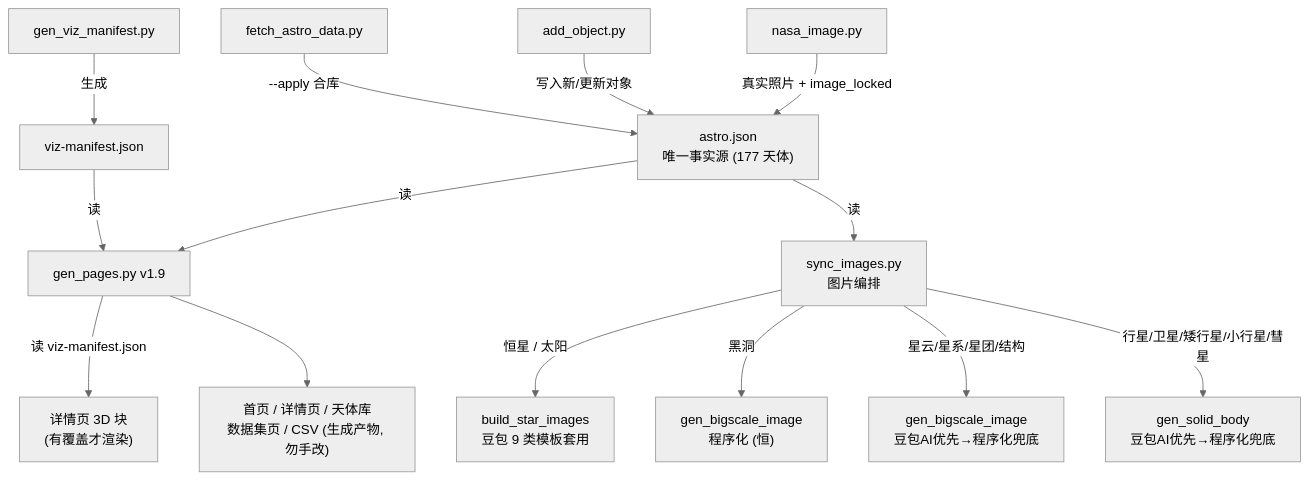
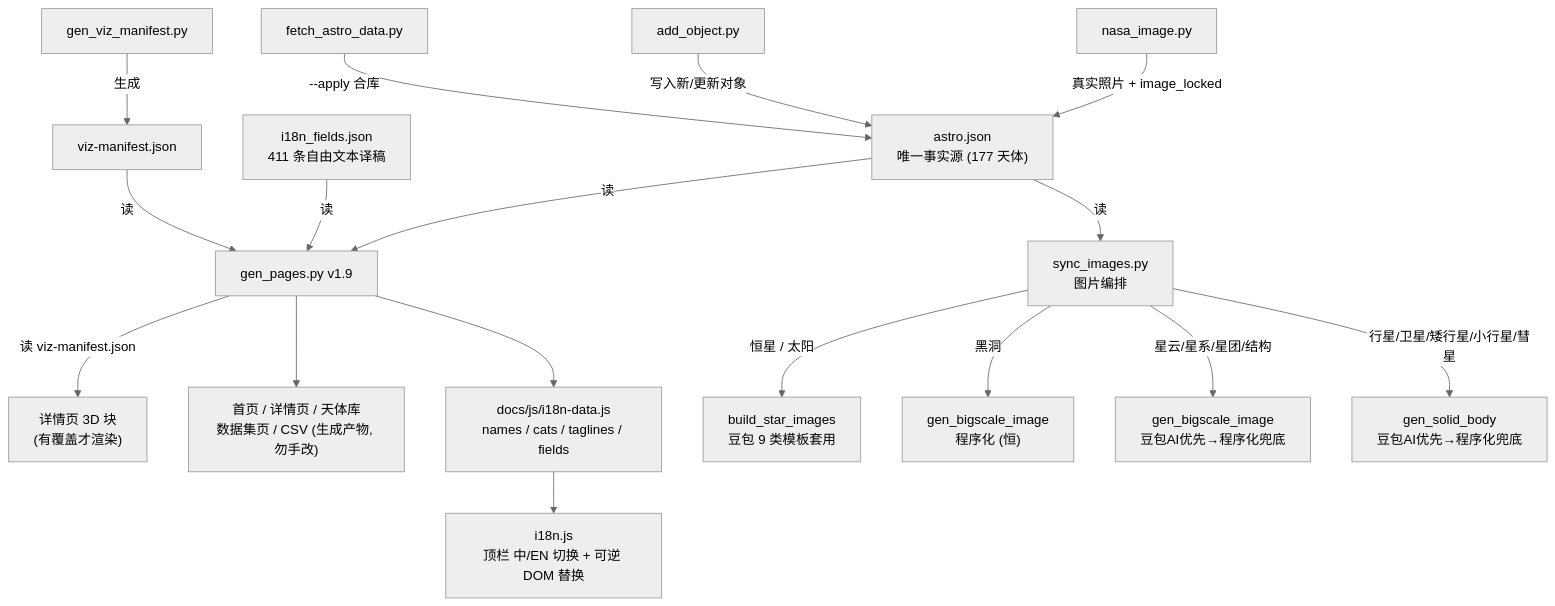
The first of 9 diagrams in 维护指南.md (yufengwolf/astro-blog), drawn with Mermaid (neutral theme) before and after one commit. The commit also changed other lines of this file and 199 other files, not shown here.

````diff
--- a/维护指南.md
+++ b/维护指南.md
@@ -11,16 +11,19 @@
 ```mermaid
 flowchart TD
     A["astro.json<br/>唯一事实源 (177 天体)"] -->|读| B["gen_pages.py v1.9"]
     B -->|读 viz-manifest.json| V["详情页 3D 块<br/>(有覆盖才渲染)"]
     B --> C["首页 / 详情页 / 天体库<br/>数据集页 / CSV (生成产物, 勿手改)"]
+    FE["i18n_fields.json<br/>411 条自由文本译稿"] -->|读| B
+    B --> ID["docs/js/i18n-data.js<br/>names / cats / taglines / fields"]
+    ID --> RT["i18n.js<br/>顶栏 中/EN 切换 + 可逆 DOM 替换"]
     VM["gen_viz_manifest.py"] -->|生成| VMF["viz-manifest.json"]
     VMF -->|读| B
     A -->|读| D["sync_images.py<br/>图片编排"]
     D -->|恒星 / 太阳| E["build_star_images<br/>豆包 9 类模板套用"]
     D -->|黑洞| F0["gen_bigscale_image<br/>程序化 (恒)"]
     D -->|星云/星系/星团/结构| F["gen_bigscale_image<br/>豆包AI优先→程序化兜底"]
     D -->|行星/卫星/矮行星/小行星/彗星| G["gen_solid_body<br/>豆包AI优先→程序化兜底"]
     H["nasa_image.py"] -->|真实照片 + image_locked| A
     I["add_object.py"] -->|写入新/更新对象| A
     J["fetch_astro_data.py"] -->|--apply 合库| A
 ```
````
